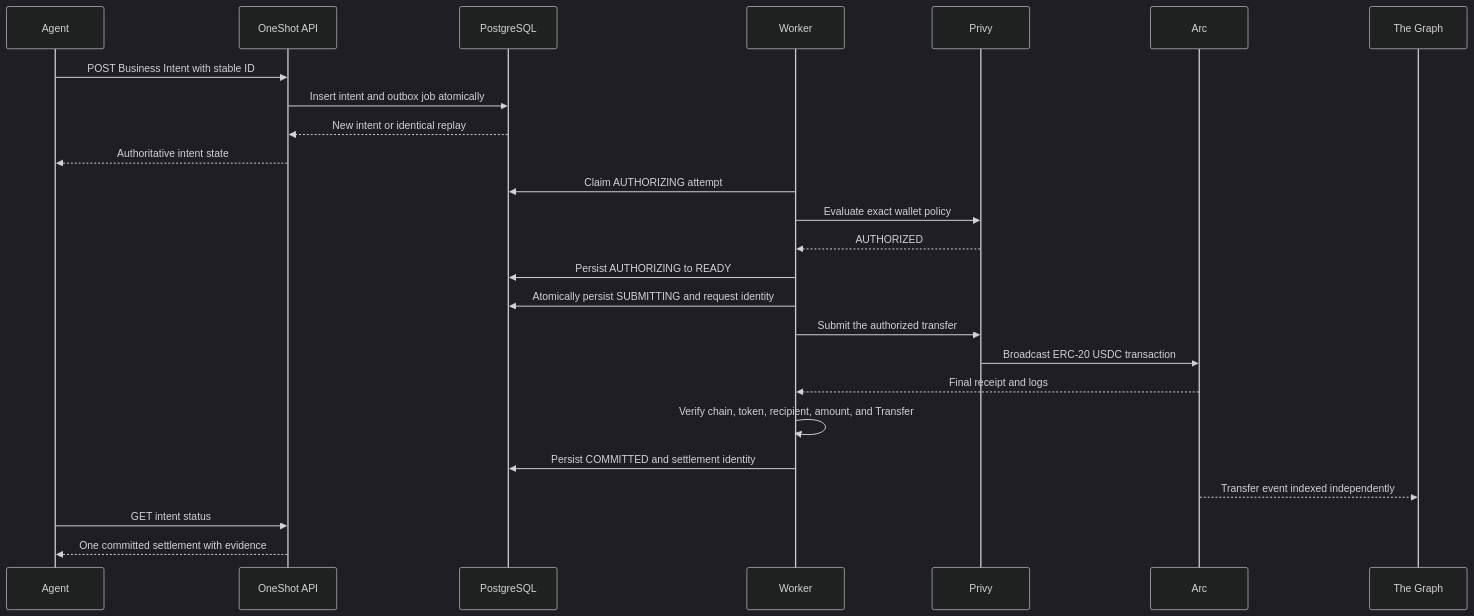
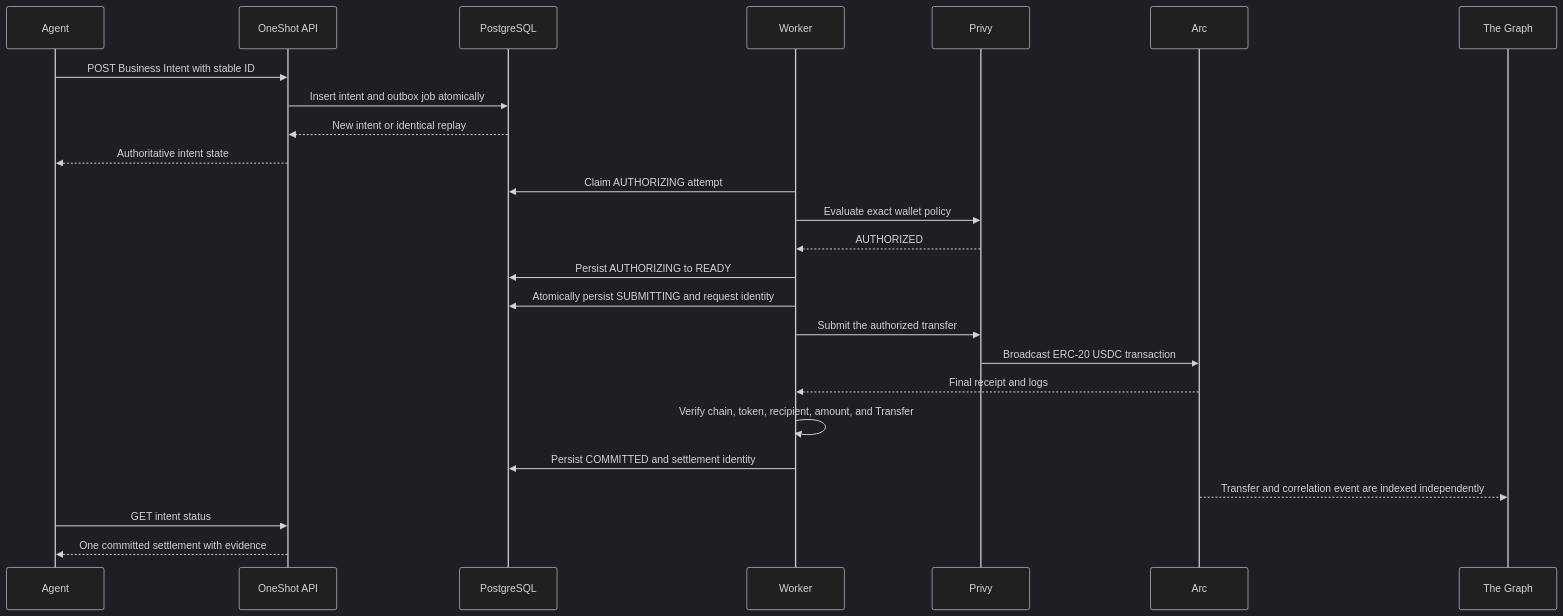
The fourth of 7 diagrams in docs/DOMAIN_ARCHITECTURE.md (SWOFART/OneShot), drawn with Mermaid (dark theme) before and after one commit. The commit also changed other lines of this file and 31 other files, not shown here.

````diff
--- a/docs/DOMAIN_ARCHITECTURE.md
+++ b/docs/DOMAIN_ARCHITECTURE.md
@@ -134,28 +134,28 @@
 ```mermaid
 sequenceDiagram
     participant Agent
     participant API as OneShot API
     participant DB as PostgreSQL
     participant Worker
     participant Privy
     participant Arc
     participant Graph as The Graph
 
     Agent->>API: POST Business Intent with stable ID
     API->>DB: Insert intent and outbox job atomically
     DB-->>API: New intent or identical replay
     API-->>Agent: Authoritative intent state
     Worker->>DB: Claim AUTHORIZING attempt
     Worker->>Privy: Evaluate exact wallet policy
     Privy-->>Worker: AUTHORIZED
     Worker->>DB: Persist AUTHORIZING to READY
     Worker->>DB: Atomically persist SUBMITTING and request identity
     Worker->>Privy: Submit the authorized transfer
     Privy->>Arc: Broadcast ERC-20 USDC transaction
     Arc-->>Worker: Final receipt and logs
     Worker->>Worker: Verify chain, token, recipient, amount, and Transfer
     Worker->>DB: Persist COMMITTED and settlement identity
-    Arc-->>Graph: Transfer event indexed independently
+    Arc-->>Graph: Transfer and correlation event are indexed independently
     Agent->>API: GET intent status
     API-->>Agent: One committed settlement with evidence
 ```
````
